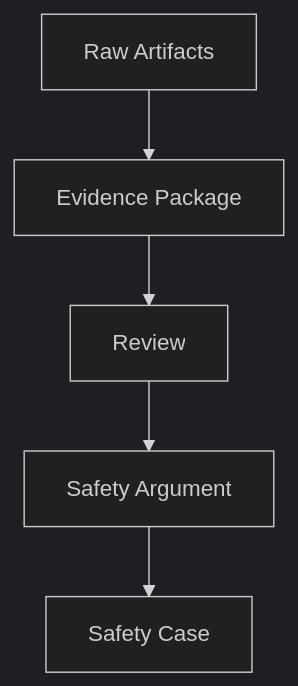
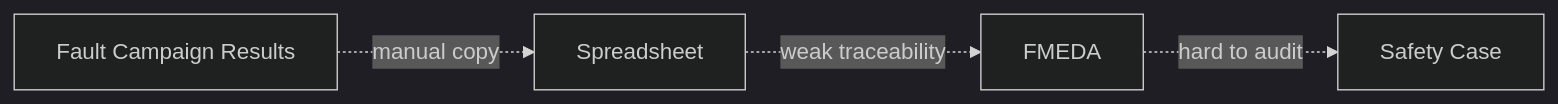
The second of 8 diagrams in articles/14_automotive_safeic_practice_d14_github_en_safety_evidence_package.md (qiqixixi1001/automotive-safeic-practice), drawn with Mermaid (dark theme) before and after one commit. The commit also changed other lines of this file, not shown here.

````diff
--- a/articles/14_automotive_safeic_practice_d14_github_en_safety_evidence_package.md
+++ b/articles/14_automotive_safeic_practice_d14_github_en_safety_evidence_package.md
@@ -175,7 +91,6 @@
 ```mermaid
-flowchart TD
-    A[Raw Artifacts] --> B[Evidence Package]
-    B --> C[Review]
-    C --> D[Safety Argument]
-    D --> E[Safety Case]
+flowchart LR
+    A[Fault Campaign Results] -. manual copy .-> B[Spreadsheet]
+    B -. weak traceability .-> C[FMEDA]
+    C -. hard to audit .-> D[Safety Case]
 ```
````
